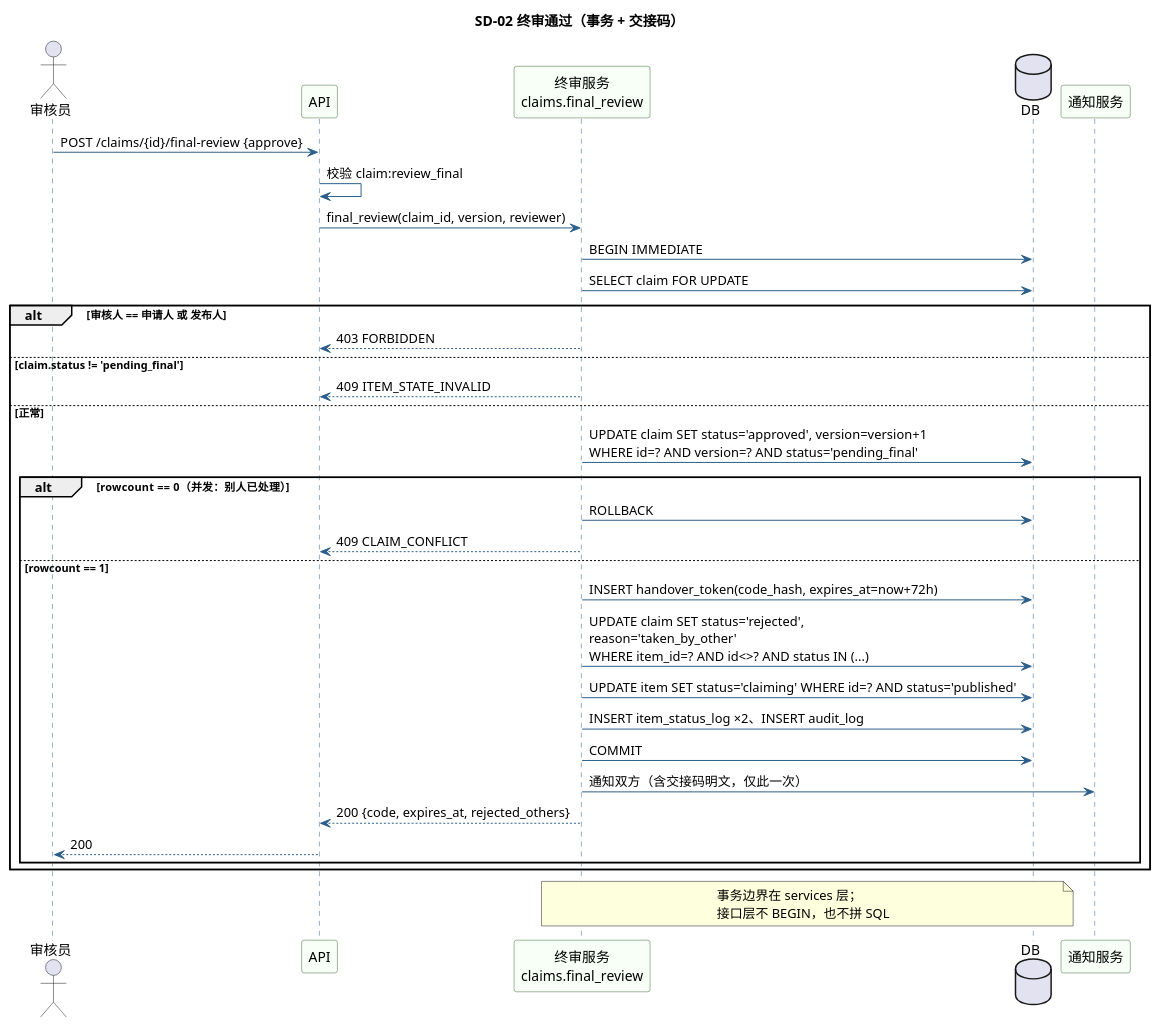
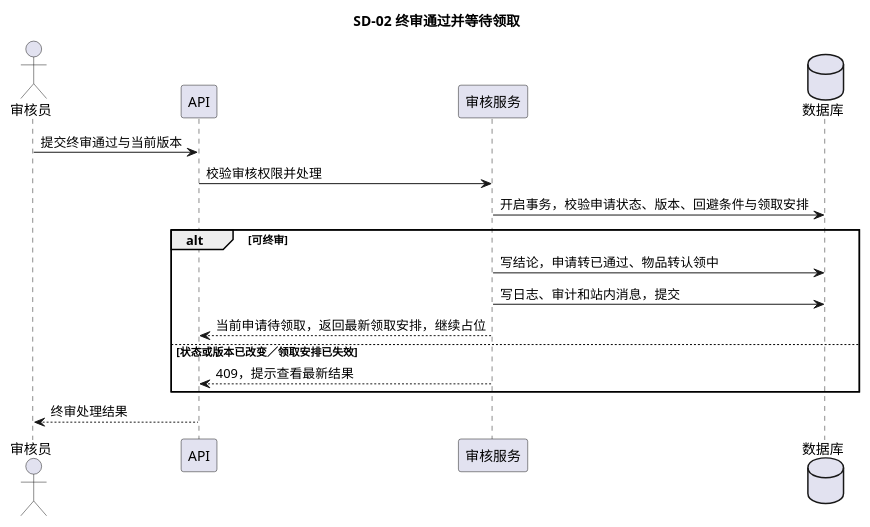
One commit to phao90016-jpg/Tongji-campus-lost-found changed the diagram in models/sequence/sd02-final-review.puml. Above: the diagram before and after it, drawn with PlantUML. The commit also changed 50 other files, not shown here.

```diff
--- a/models/sequence/sd02-final-review.puml
+++ b/models/sequence/sd02-final-review.puml
@@ -1,56 +1,23 @@
 @startuml sd02-final-review
-' ============================================================
-' SD-02 终审通过（事务 + 交接码）
-' 对应 SRS §4.3、详细设计 构件 2 与 构件 3
-' 重点：单事务内完成 4 件事，任一步失败全回滚
-' ============================================================
-title SD-02 终审通过（事务 + 交接码）
+title SD-02 终审通过并等待领取
 
-skinparam defaultFontName "Microsoft YaHei"
+skinparam defaultFontName "PingFang SC"
 skinparam shadowing false
-skinparam sequence {
-  ArrowColor #2C5F8A
-  LifeLineBorderColor #2C5F8A
-  ParticipantBackgroundColor #F7FFF7
-  ParticipantBorderColor #3F6B3A
-}
 
-actor "审核员" as R
+actor "审核员" as U
 participant "API" as API
-participant "终审服务\nclaims.final_review" as SVC
-database "DB" as DB
-participant "通知服务" as NOTIFY
+participant "审核服务" as SVC
+database "数据库" as DB
 
-R -> API : POST /claims/{id}/final-review {approve}
-API -> API : 校验 claim:review_final
-API -> SVC : final_review(claim_id, version, reviewer)
-
-SVC -> DB : BEGIN IMMEDIATE
-SVC -> DB : SELECT claim FOR UPDATE
-alt 审核人 == 申请人 或 发布人
-  SVC --> API : 403 FORBIDDEN
-else claim.status != 'pending_final'
-  SVC --> API : 409 ITEM_STATE_INVALID
-else 正常
-  SVC -> DB : UPDATE claim SET status='approved', version=version+1\nWHERE id=? AND version=? AND status='pending_final'
-  alt rowcount == 0（并发：别人已处理）
-    SVC -> DB : ROLLBACK
-    SVC --> API : 409 CLAIM_CONFLICT
-  else rowcount == 1
-    SVC -> DB : INSERT handover_token(code_hash, expires_at=now+72h)
-    SVC -> DB : UPDATE claim SET status='rejected',\nreason='taken_by_other'\nWHERE item_id=? AND id<>? AND status IN (...)
-    SVC -> DB : UPDATE item SET status='claiming' WHERE id=? AND status='published'
-    SVC -> DB : INSERT item_status_log ×2、INSERT audit_log
-    SVC -> DB : COMMIT
-    SVC -> NOTIFY : 通知双方（含交接码明文，仅此一次）
-    SVC --> API : 200 {code, expires_at, rejected_others}
-    API --> R : 200
-  end
+U -> API : 提交终审通过与当前版本
+API -> SVC : 校验审核权限并处理
+SVC -> DB : 开启事务，校验申请状态、版本、回避条件与领取安排
+alt 可终审
+  SVC -> DB : 写结论，申请转已通过、物品转认领中
+  SVC -> DB : 写日志、审计和站内消息，提交
+  SVC --> API : 当前申请待领取，返回最新领取安排，继续占位
+else 状态或版本已改变／领取安排已失效
+  SVC --> API : 409，提示查看最新结果
 end
-
-note over SVC, DB
-  事务边界在 services 层；
-  接口层不 BEGIN，也不拼 SQL
-end note
-
+API --> U : 终审处理结果
 @enduml
```
